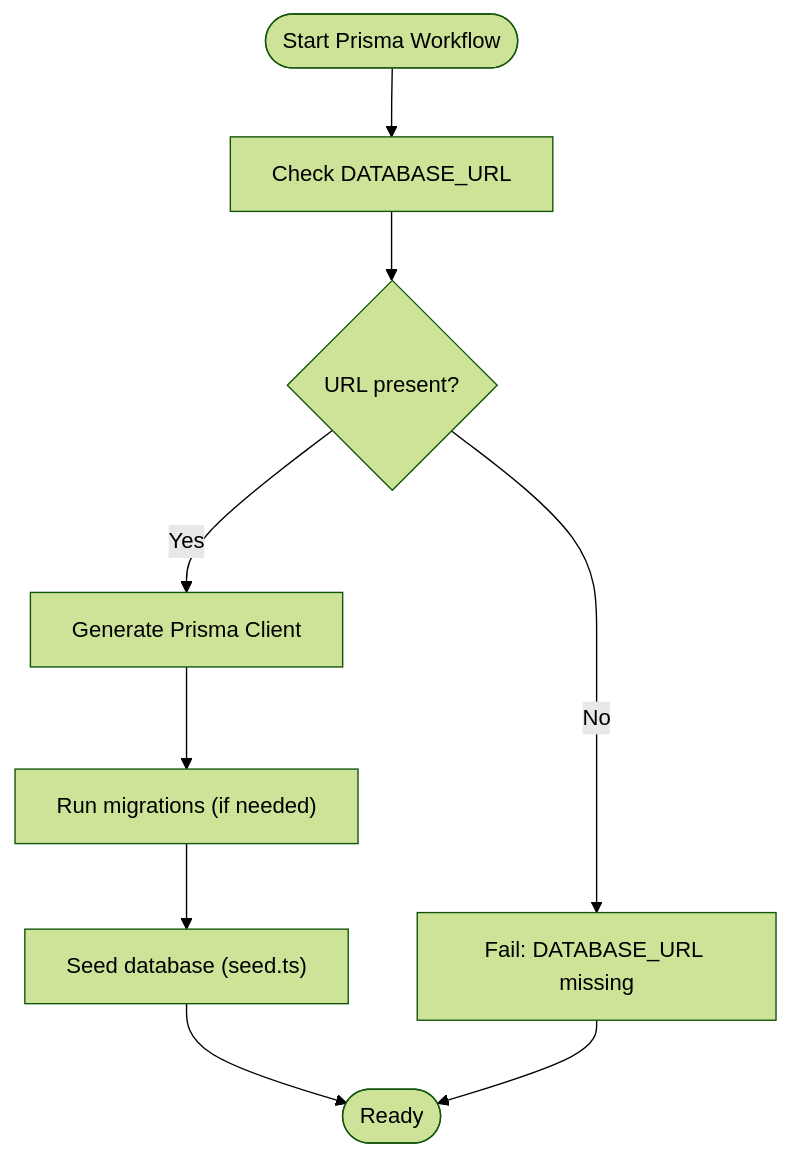
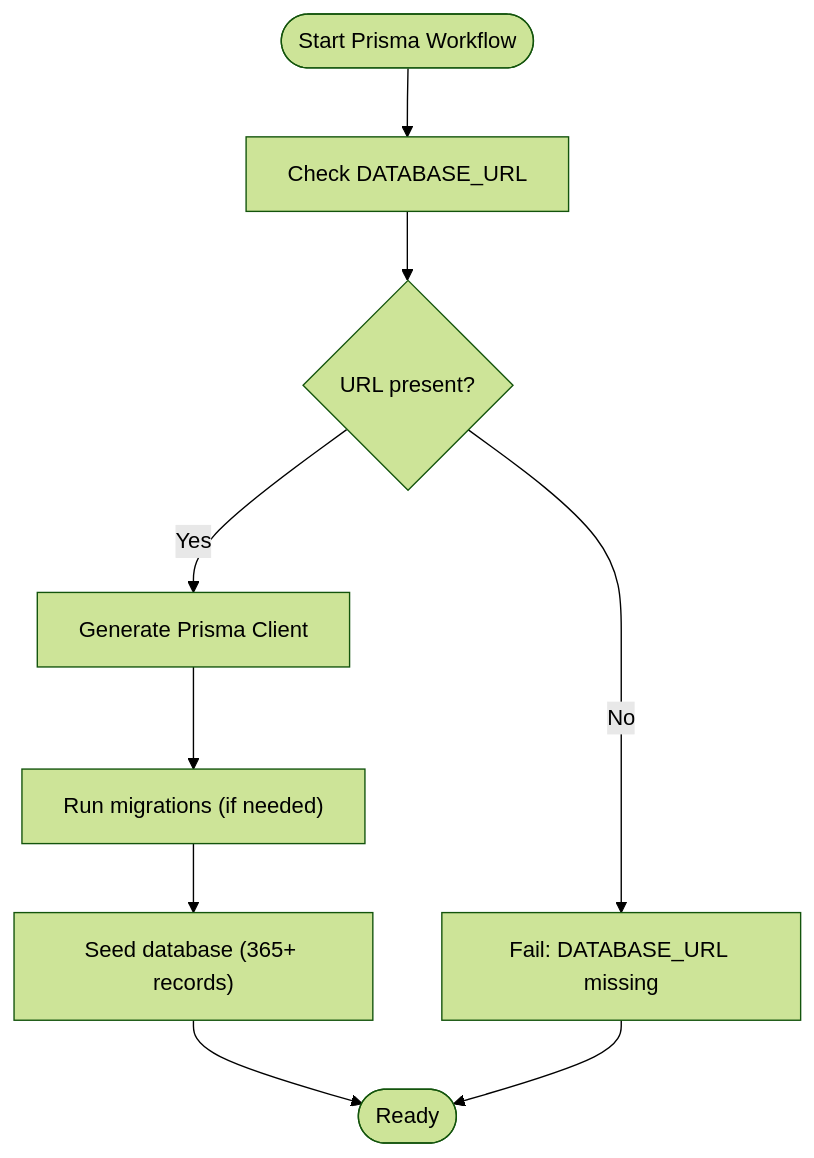
The third of 5 diagrams in .qoder/repowiki/en/content/Getting Started.md (jairosouza67/99-Pai), drawn with Mermaid (forest theme) before and after one commit. The commit also changed other lines of this file and 17 other files, not shown here.

````diff
--- a/.qoder/repowiki/en/content/Getting Started.md
+++ b/.qoder/repowiki/en/content/Getting Started.md
@@ -152,11 +218,11 @@
 ```mermaid
 flowchart TD
 Start(["Start Prisma Workflow"]) --> CheckEnv["Check DATABASE_URL"]
 CheckEnv --> EnvOK{"URL present?"}
 EnvOK --> |No| Fail["Fail: DATABASE_URL missing"]
 EnvOK --> |Yes| Generate["Generate Prisma Client"]
 Generate --> Migrate["Run migrations (if needed)"]
-Migrate --> Seed["Seed database (seed.ts)"]
+Migrate --> Seed["Seed database (365+ records)"]
 Seed --> Done(["Ready"])
 Fail --> Done
 ```
````
